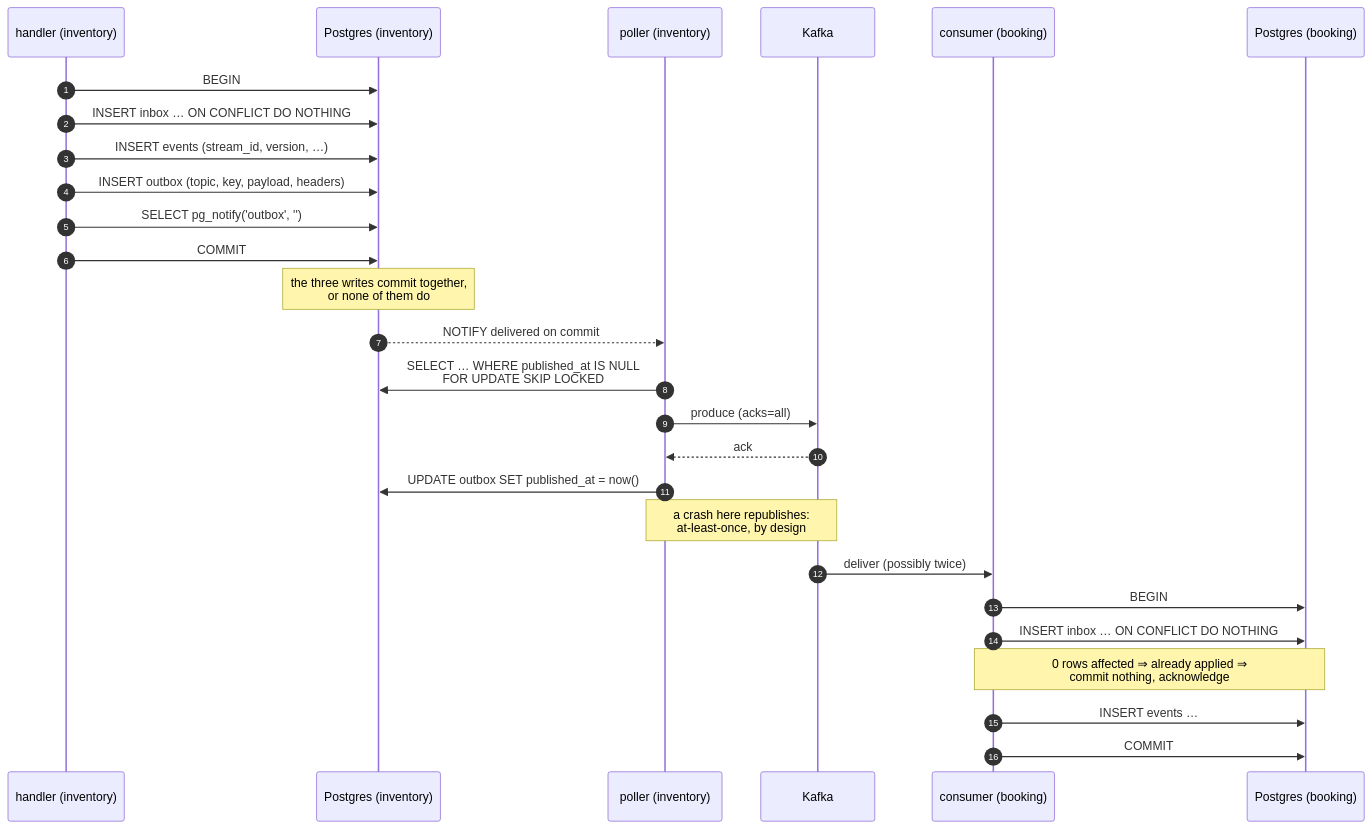
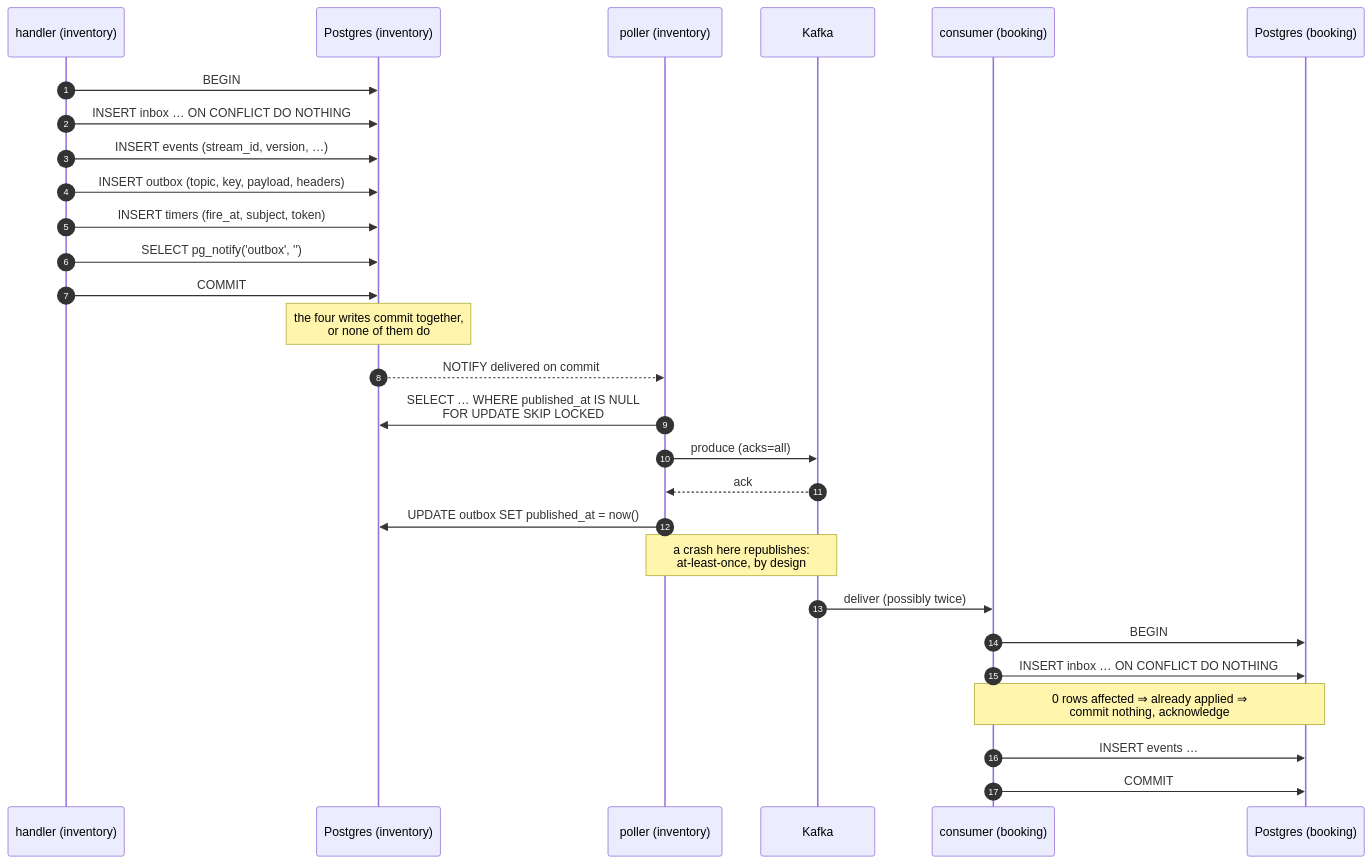
Before and after one commit to AymanKastali/sagaflow: the second of 5 diagrams in docs/architecture.md, drawn with Mermaid. The commit also changed other lines of this file and 3 other files, not shown here.

First line of the commit message:
docs(inventory): a hold ends three ways, and one of them needs nobody alive

````diff
--- a/docs/architecture.md
+++ b/docs/architecture.md
@@ -94,30 +95,31 @@
 ```mermaid
 sequenceDiagram
     autonumber
     participant H as handler (inventory)
     participant DB as Postgres (inventory)
     participant P as poller (inventory)
     participant K as Kafka
     participant C as consumer (booking)
     participant DB2 as Postgres (booking)
 
     H->>DB: BEGIN
     H->>DB: INSERT inbox … ON CONFLICT DO NOTHING
     H->>DB: INSERT events (stream_id, version, …)
     H->>DB: INSERT outbox (topic, key, payload, headers)
+    H->>DB: INSERT timers (fire_at, subject, token)
     H->>DB: SELECT pg_notify('outbox', '')
     H->>DB: COMMIT
-    Note over DB: the three writes commit together,<br/>or none of them do
+    Note over DB: the four writes commit together,<br/>or none of them do
     DB-->>P: NOTIFY delivered on commit
     P->>DB: SELECT … WHERE published_at IS NULL<br/>FOR UPDATE SKIP LOCKED
     P->>K: produce (acks=all)
     K-->>P: ack
     P->>DB: UPDATE outbox SET published_at = now()
     Note over P,K: a crash here republishes:<br/>at-least-once, by design
     K->>C: deliver (possibly twice)
     C->>DB2: BEGIN
     C->>DB2: INSERT inbox … ON CONFLICT DO NOTHING
     Note over C,DB2: 0 rows affected ⇒ already applied ⇒<br/>commit nothing, acknowledge
     C->>DB2: INSERT events …
     C->>DB2: COMMIT
 ```
````
